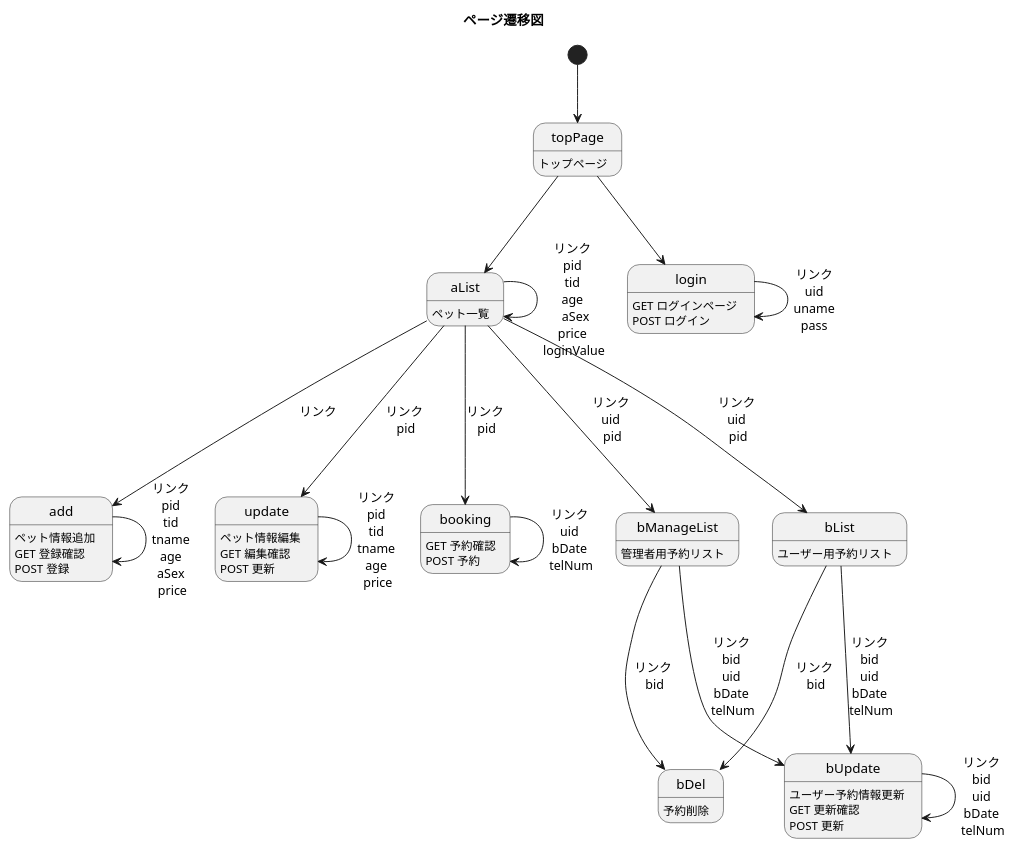
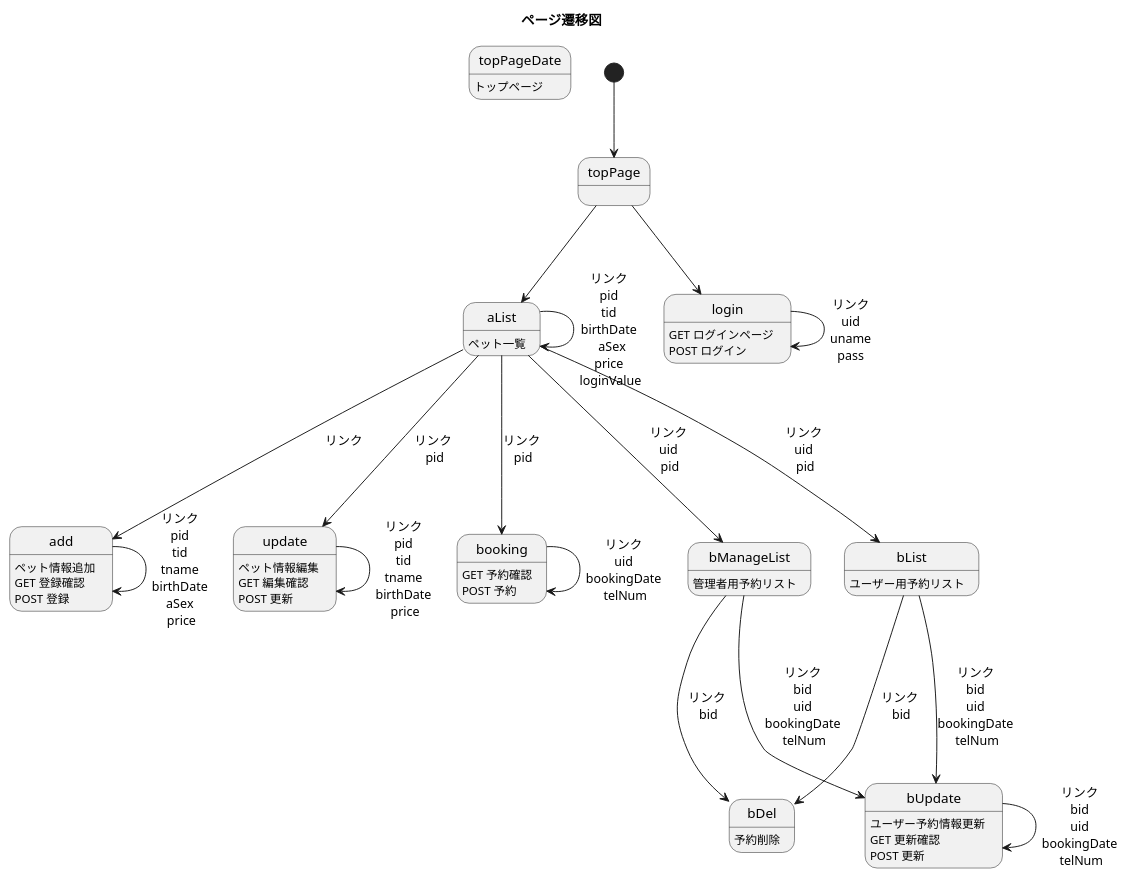
One commit to Tyamanaka07/WebSystem changed the diagram in UML/screenTransitionDiagram.pu. Above: the diagram before and after it, drawn with PlantUML. The commit also changed 2 other files, not shown here.

```diff
--- a/UML/screenTransitionDiagram.pu
+++ b/UML/screenTransitionDiagram.pu
@@ -1,36 +1,36 @@
 @startuml
 title ページ遷移図
 
-topPage : トップページ
+topPageDate : トップページ
 aList : ペット一覧
 login : GET ログインページ \nPOST ログイン
 add : ペット情報追加 \nGET 登録確認 \nPOST 登録
 update : ペット情報編集 \nGET 編集確認 \nPOST 更新
 booking : GET 予約確認\nPOST 予約
 bDel : 予約削除
 bUpdate : ユーザー予約情報更新 \nGET 更新確認 \nPOST 更新
 bList : ユーザー用予約リスト
 bManageList : 管理者用予約リスト
 
 
 [*] --> topPage
 topPage --> aList
 topPage --> login
 login --> login : リンク\nuid\nuname\npass
 aList --> add : リンク \n
-add --> add : リンク \npid \ntid \ntname \nage \naSex \nprice
+add --> add : リンク \npid \ntid \ntname \nbirthDate \naSex \nprice
 aList --> booking : リンク \npid
-booking --> booking : リンク \nuid \nbDate \ntelNum
+booking --> booking : リンク \nuid \nbookingDate \ntelNum
 aList --> bList : リンク \nuid \npid
 bList --> bDel : リンク \nbid
 aList --> bManageList : リンク \nuid \npid
 bManageList --> bDel : リンク \nbid
-aList --> aList : リンク \npid \ntid \nage \n aSex\nprice \nloginValue
+aList --> aList : リンク \npid \ntid \nbirthDate \n aSex\nprice \nloginValue
 aList --> update : リンク \npid
-update --> update : リンク \npid \ntid \ntname \nage \nprice
-bList --> bUpdate : リンク \nbid \nuid \nbDate \ntelNum
-bManageList --> bUpdate : リンク \nbid \nuid \nbDate \ntelNum
-bUpdate --> bUpdate : リンク \nbid \nuid \nbDate \ntelNum
+update --> update : リンク \npid \ntid \ntname \nbirthDate \nprice
+bList --> bUpdate : リンク \nbid \nuid \nbookingDate \ntelNum
+bManageList --> bUpdate : リンク \nbid \nuid \nbookingDate \ntelNum
+bUpdate --> bUpdate : リンク \nbid \nuid \nbookingDate \ntelNum
 
 
 @enduml
```
